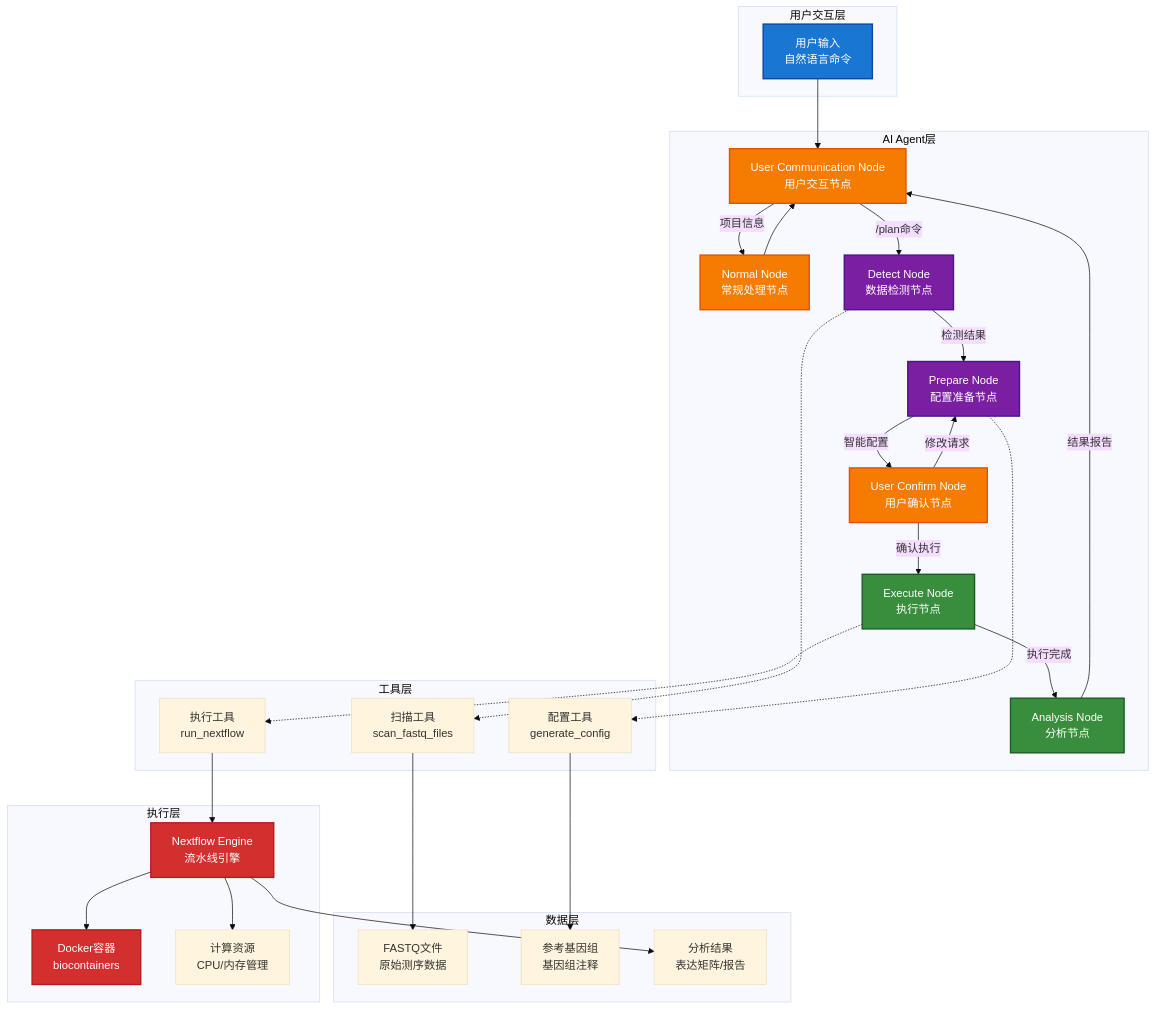
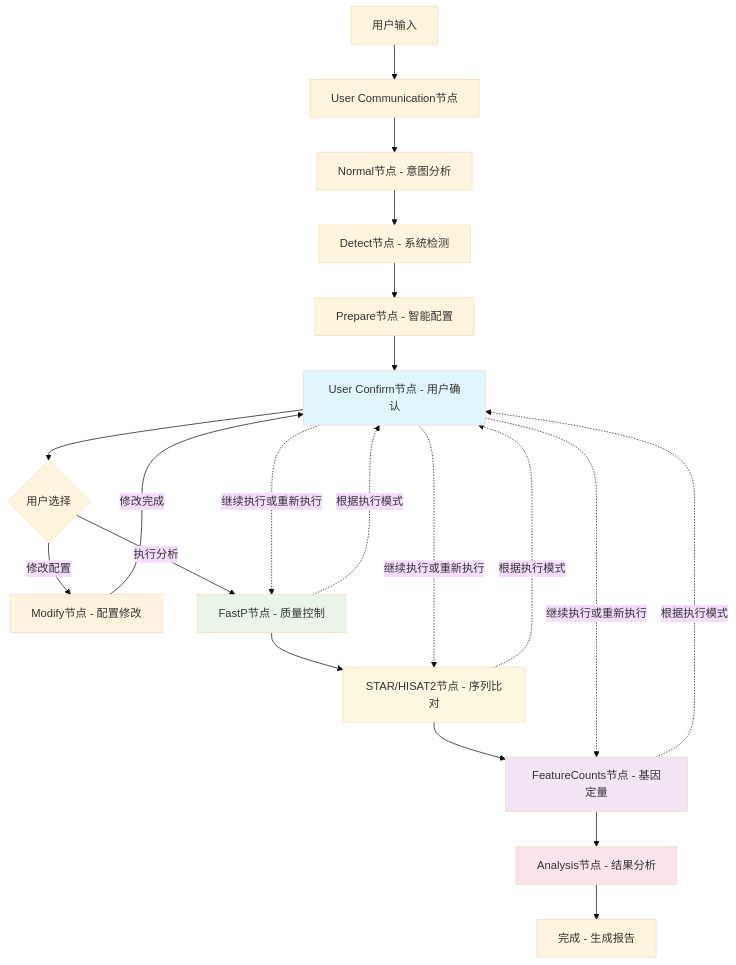
One commit to Sparrowsta/rna-seq-agent changed the diagram in README.md. Above: the diagram before and after it, drawn with Mermaid (base theme). The commit also changed other lines of this file, not shown here.

````diff
--- a/README.md
+++ b/README.md
@@ -22,68 +25,38 @@
 ```mermaid
-graph TB
-    subgraph "用户交互层"
-        A[用户输入<br/>自然语言命令] 
-    end
-    
-    subgraph "AI Agent层"
-        B[User Communication Node<br/>用户交互节点]
-        C[Normal Node<br/>常规处理节点]
-        D[Detect Node<br/>数据检测节点]
-        E[Prepare Node<br/>配置准备节点]
-        F[User Confirm Node<br/>用户确认节点]
-        G[Execute Node<br/>执行节点]
-        H[Analysis Node<br/>分析节点]
-    end
-    
-    subgraph "工具层"
-        I[扫描工具<br/>scan_fastq_files]
-        J[配置工具<br/>generate_config]
-        K[执行工具<br/>run_nextflow]
-    end
-    
-    subgraph "执行层"
-        M[Nextflow Engine<br/>流水线引擎]
-        N[Docker容器<br/>biocontainers]
-        O[计算资源<br/>CPU/内存管理]
-    end
-    
-    subgraph "数据层"
-        P[FASTQ文件<br/>原始测序数据]
-        Q[参考基因组<br/>基因组注释]
-        R[分析结果<br/>表达矩阵/报告]
-    end
-    
-    A --> B
-    B -->|项目信息| C
-    B -->|/plan命令| D
-    C --> B
-    D -->|检测结果| E
-    E -->|智能配置| F
-    F -->|确认执行| G
-    F -->|修改请求| E
-    G -->|执行完成| H
-    H -->|结果报告| B
-    
-    D -.-> I
-    E -.-> J
-    G -.-> K
-    
-    K --> M
-    M --> N
-    M --> O
-    
-    I --> P
-    J --> Q
-    M --> R
-    
-    style A fill:#1976d2,stroke:#0d47a1,stroke-width:2px,color:#fff
-    style B fill:#f57c00,stroke:#e65100,stroke-width:2px,color:#fff
-    style C fill:#f57c00,stroke:#e65100,stroke-width:2px,color:#fff
-    style D fill:#7b1fa2,stroke:#4a148c,stroke-width:2px,color:#fff
-    style E fill:#7b1fa2,stroke:#4a148c,stroke-width:2px,color:#fff
-    style F fill:#f57c00,stroke:#e65100,stroke-width:2px,color:#fff
-    style G fill:#388e3c,stroke:#1b5e20,stroke-width:2px,color:#fff
-    style H fill:#388e3c,stroke:#1b5e20,stroke-width:2px,color:#fff
-    style M fill:#d32f2f,stroke:#b71c1c,stroke-width:2px,color:#fff
-    style N fill:#d32f2f,stroke:#b71c1c,stroke-width:2px,color:#fff
+graph TD
+    A[用户输入] --> B[User Communication节点]
+    B --> C[Normal节点 - 意图分析]
+    C --> D[Detect节点 - 系统检测]
+    D --> E[Prepare节点 - 智能配置]
+    E --> F[User Confirm节点 - 用户确认]
+
+    %% User Confirm与Modify的双向交互
+    F --> G{用户选择}
+    G -->|修改配置| H[Modify节点 - 配置修改]
+    H -->|修改完成| F
+
+    %% 执行分析流程
+    G -->|执行分析| I[FastP节点 - 质量控制]
+    I --> J[STAR/HISAT2节点 - 序列比对]
+    J --> K[FeatureCounts节点 - 基因定量]
+    K --> L[Analysis节点 - 结果分析]
+    L --> M[完成 - 生成报告]
+
+    %% 执行模式路由逻辑 - 每个工具执行后根据模式决定是否回到确认
+    I -.->|根据执行模式| F
+    J -.->|根据执行模式| F
+    K -.->|根据执行模式| F
+
+    %% 从User Confirm可以跳转到任何执行步骤（支持断点续传）
+    F -.->|继续执行或重新执行| I
+    F -.->|继续执行或重新执行| J
+    F -.->|继续执行或重新执行| K
+
+    %% 样式设置
+    style F fill:#e1f5fe
+    style H fill:#fff3e0
+    style I fill:#e8f5e8
+    style J fill:#fff8e1
+    style K fill:#f3e5f5
+    style L fill:#fce4ec
 ```
````
